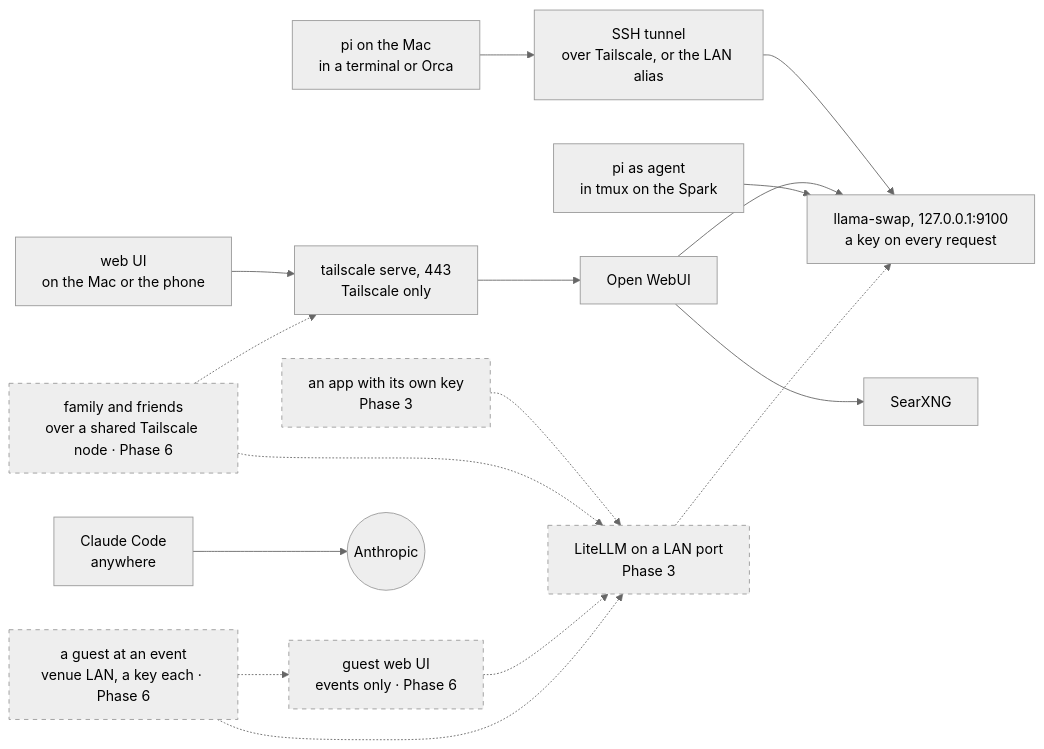
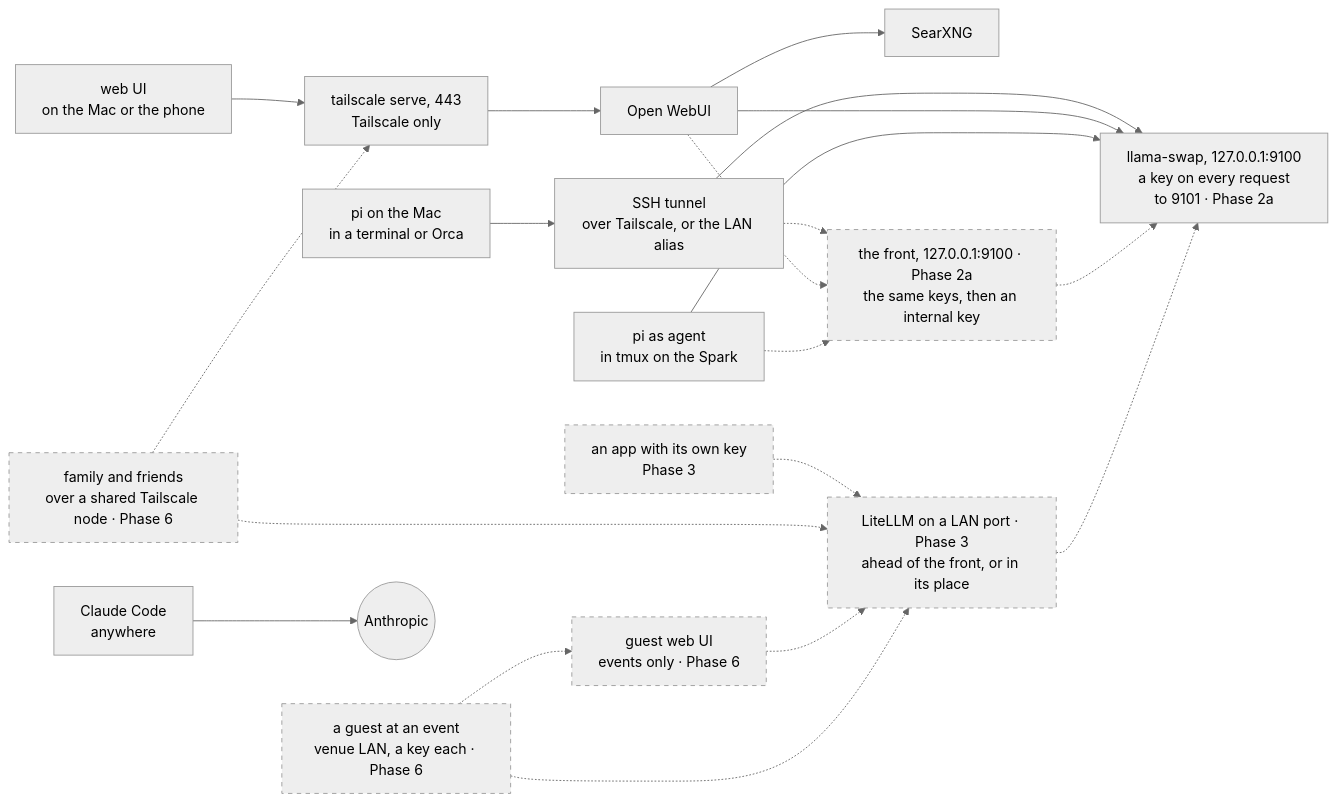
One commit to chendaniely/local-ai changed the second of 4 diagrams in website/architecture.qmd. Above: the diagram before and after it, drawn with Mermaid (neutral theme). The commit also changed other lines of this file and 10 other files, not shown here.

First line of the commit message:
docs(plan): 🤖 Phase 2a's design: front, gate, budget, coder

````diff
--- a/website/architecture.qmd
+++ b/website/architecture.qmd
@@ -96,32 +117,37 @@
 ```{mermaid}
 flowchart LR
   classDef planned stroke-dasharray: 5 5
 
   piT["pi on the Mac<br/>in a terminal or Orca"]
   ui["web UI<br/>on the Mac or the phone"]
   piA["pi as agent<br/>in tmux on the Spark"]
   cc["Claude Code<br/>anywhere"]
   app["an app with its own key<br/>Phase 3"]:::planned
   fam["family and friends<br/>over a shared Tailscale node · Phase 6"]:::planned
   guest["a guest at an event<br/>venue LAN, a key each · Phase 6"]:::planned
 
   tunnel["SSH tunnel<br/>over Tailscale, or the LAN alias"]
   guestui["guest web UI<br/>events only · Phase 6"]:::planned
   serve["tailscale serve, 443<br/>Tailscale only"]
   owui["Open WebUI"]
   searx["SearXNG"]
-  swap["llama-swap, 127.0.0.1:9100<br/>a key on every request"]
-  litellm["LiteLLM on a LAN port<br/>Phase 3"]:::planned
+  front["the front, 127.0.0.1:9100 · Phase 2a<br/>the same keys, then an internal key"]:::planned
+  swap["llama-swap, 127.0.0.1:9100<br/>a key on every request<br/>to 9101 · Phase 2a"]
+  litellm["LiteLLM on a LAN port · Phase 3<br/>ahead of the front, or in its place"]:::planned
   anthropic(("Anthropic"))
 
   piT --> tunnel --> swap
   ui --> serve --> owui --> swap
   owui --> searx
   piA --> swap
   cc --> anthropic
+  tunnel -.-> front
+  owui -.-> front
+  piA -.-> front
+  front -.-> swap
   app -.-> litellm -.-> swap
   fam -.-> serve
   fam -.-> litellm
   guest -.-> guestui -.-> litellm
   guest -.-> litellm
 ```
````
